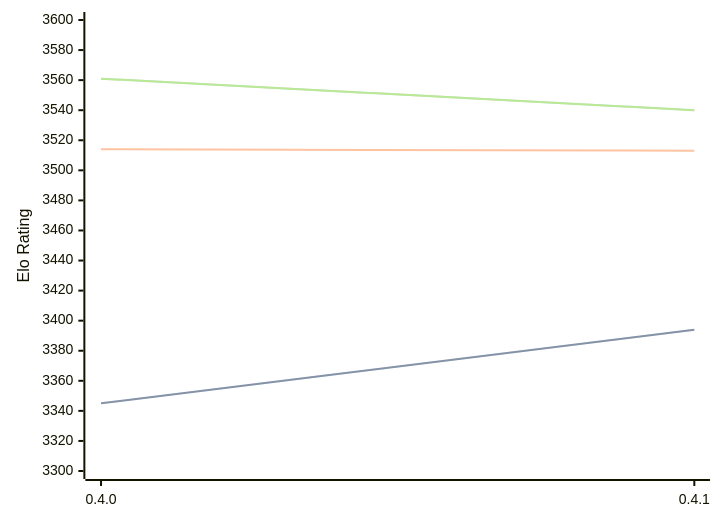
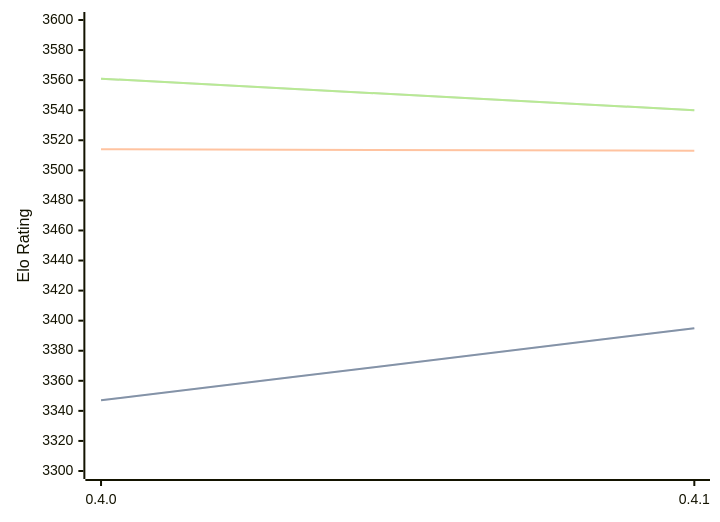
One commit to computer-chess-index/cci changed the diagram in engines/Cinder.md. Above: the diagram before and after it, drawn with Mermaid. The commit also changed other lines of this file, not shown here.

````diff
--- a/engines/Cinder.md
+++ b/engines/Cinder.md
@@ -38,11 +38,11 @@
 ```mermaid
 %%{init: {"theme":"base","themeVariables":{"seriesColors:['#a3a3a3','#222221','#faa371']}}}%%
 xychart-beta
   x-axis ["0.4.0", "0.4.1"]
   y-axis "Elo Rating" 3300 --> 3600
-  line "STC (8.0+0.08s)" [3345, 3394]
-  line "STC (8.0+0.08s)" [3345, 3394]
+  line "STC (8.0+0.08s)" [3347, 3395]
+  line "STC (8.0+0.08s)" [3347, 3395]
   line "LTC (60.0+0.60s)" [3514, 3513]
   line "VLTC (2m24s+1.12s)" [3561, 3540]
   line "VLTC (2m24s+1.12s)" [3561, 3540]
 ```
````
